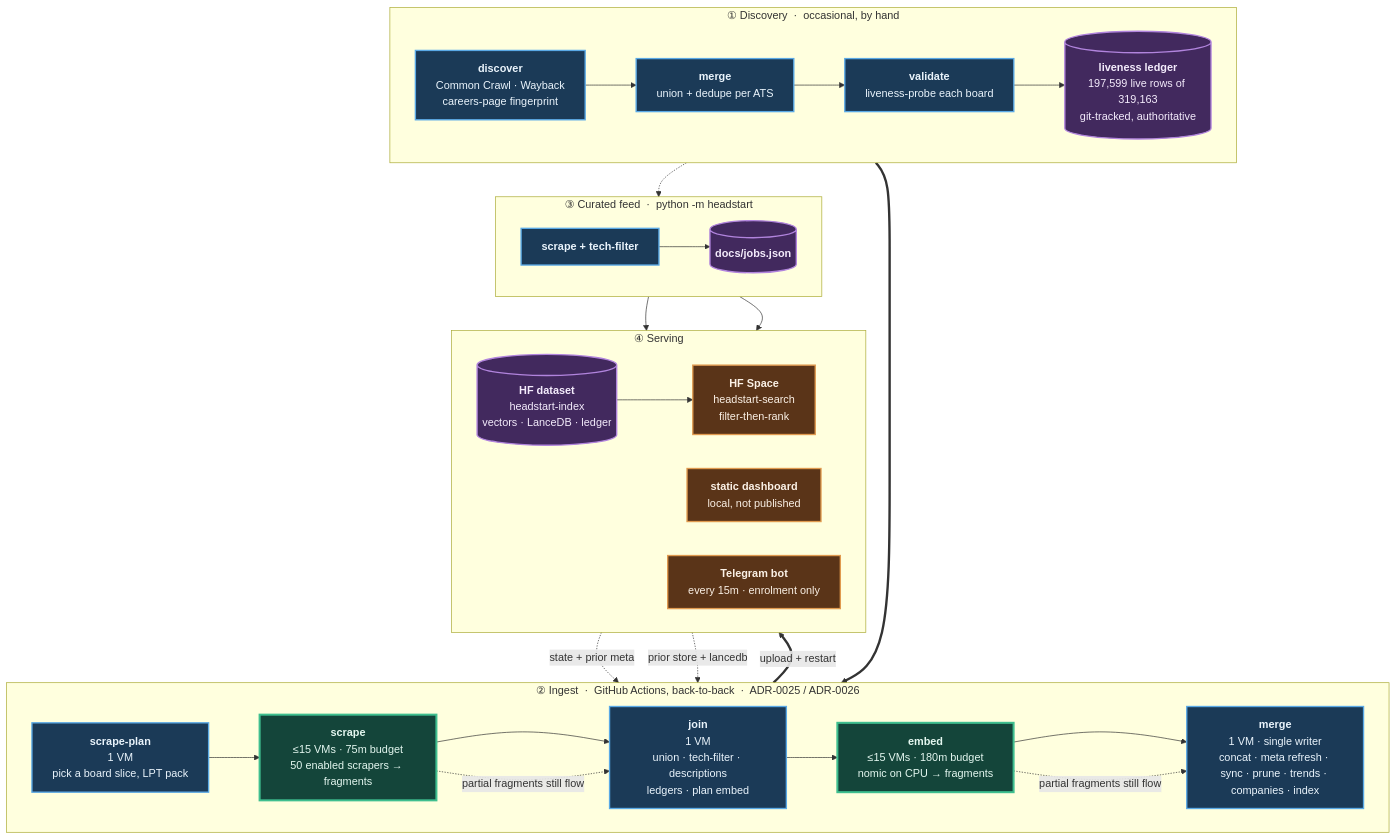
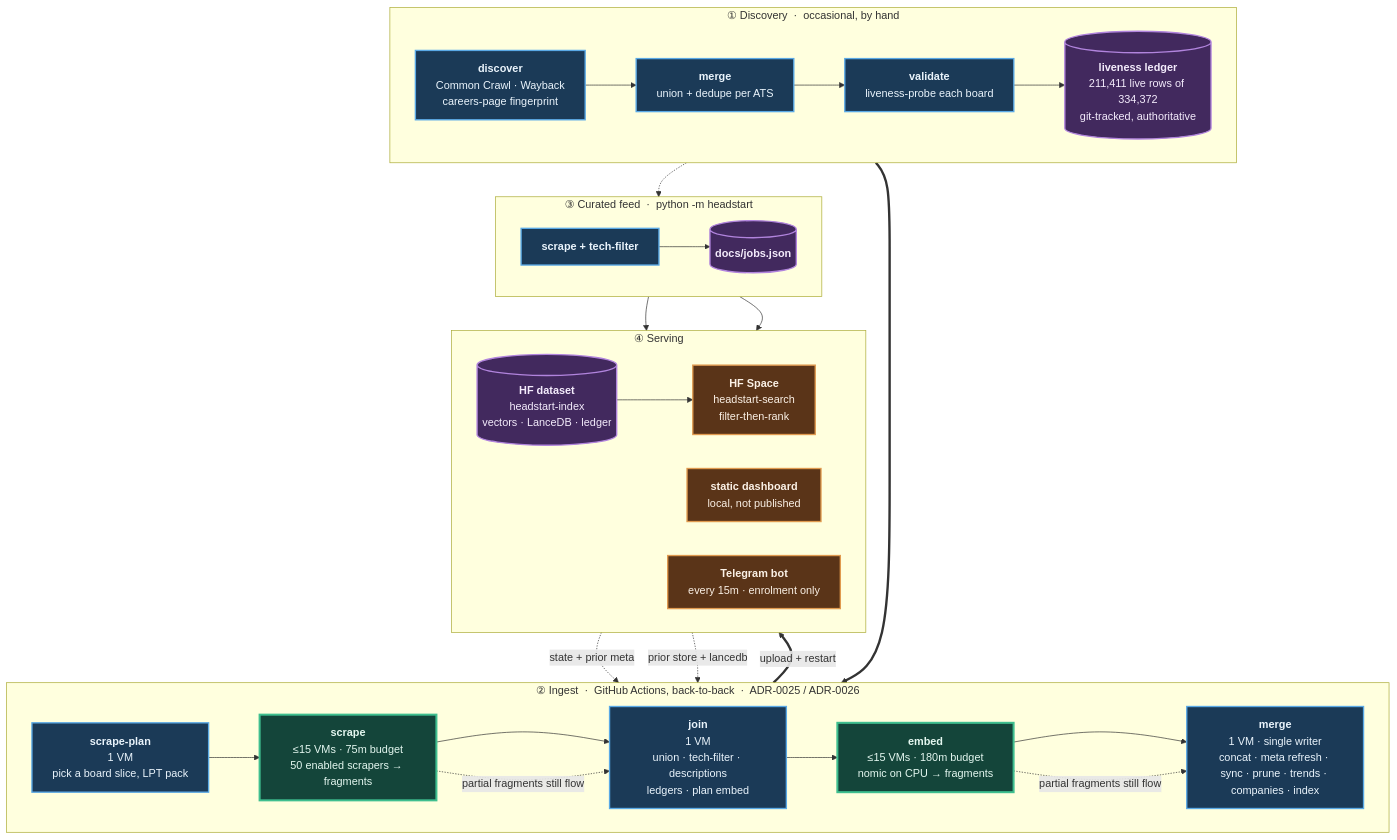
One commit to sarthakjain004/headstart changed the diagram in README.md. Above: the diagram before and after it, drawn with Mermaid. The commit also changed other lines of this file and 17 other files, not shown here.

````diff
--- a/README.md
+++ b/README.md
@@ -185,56 +185,56 @@
 ```mermaid
 flowchart TB
     subgraph D["① Discovery &nbsp;·&nbsp; occasional, by hand"]
         direction LR
         D1["<b>discover</b><br/>Common Crawl · Wayback<br/>careers-page fingerprint"]
         D2["<b>merge</b><br/>union + dedupe per ATS"]
         D3["<b>validate</b><br/>liveness-probe each board"]
-        D4[("<b>liveness ledger</b><br/>197,599 live rows of 319,163<br/>git-tracked, authoritative")]
+        D4[("<b>liveness ledger</b><br/>211,411 live rows of 334,372<br/>git-tracked, authoritative")]
         D1 --> D2 --> D3 --> D4
     end
 
     subgraph P["② Ingest &nbsp;·&nbsp; GitHub Actions, back-to-back &nbsp;·&nbsp; ADR-0025 / ADR-0026"]
         direction LR
         P1["<b>scrape-plan</b><br/>1 VM<br/>pick a board slice, LPT pack"]
         P2["<b>scrape</b><br/>≤15 VMs · 75m budget<br/>50 enabled scrapers → fragments"]
         P3["<b>join</b><br/>1 VM<br/>union · tech-filter · descriptions<br/>ledgers · plan embed"]
         P4["<b>embed</b><br/>≤15 VMs · 180m budget<br/>nomic on CPU → fragments"]
         P5["<b>merge</b><br/>1 VM · single writer<br/>concat · meta refresh · sync · prune · trends · companies · index"]
         P1 --> P2 --> P3 --> P4 --> P5
     end
 
     subgraph F["③ Curated feed &nbsp;·&nbsp; python -m headstart"]
         direction LR
         F1["<b>scrape + tech-filter</b>"]
         F2[("<b>docs/jobs.json</b>")]
         F1 --> F2
     end
 
     subgraph S["④ Serving"]
         direction LR
         S1[("<b>HF dataset</b><br/>headstart-index<br/>vectors · LanceDB · ledger")]
         S2["<b>HF Space</b><br/>headstart-search<br/>filter-then-rank"]
         S3["<b>static dashboard</b><br/>local, not published"]
         S4["<b>Telegram bot</b><br/>every 15m · enrolment only"]
         S1 --> S2
     end
 
     D4 ==> P1
     S1 -. "state + prior meta" .-> P1
     S1 -. "prior store + lancedb" .-> P5
     D4 -.-> F1
     P5 ==>|"upload + restart"| S1
     F2 --> S3
     F2 --> S4
     P2 -. "partial fragments still flow" .-> P3
     P4 -. "partial fragments still flow" .-> P5
 
     classDef serial fill:#1b3a57,stroke:#5aa9e6,stroke-width:2px,color:#eaf4fc
     classDef fan fill:#14453a,stroke:#3fbf8f,stroke-width:3px,color:#e4f7f0
     classDef store fill:#42295e,stroke:#b184dd,stroke-width:2px,color:#f4ecfc
     classDef serve fill:#5a3418,stroke:#e09a4f,stroke-width:2px,color:#fbf1e6
     class D1,D2,D3,P1,P3,P5,F1 serial
     class P2,P4 fan
     class D4,F2,S1 store
     class S2,S3,S4 serve
 ```
````
